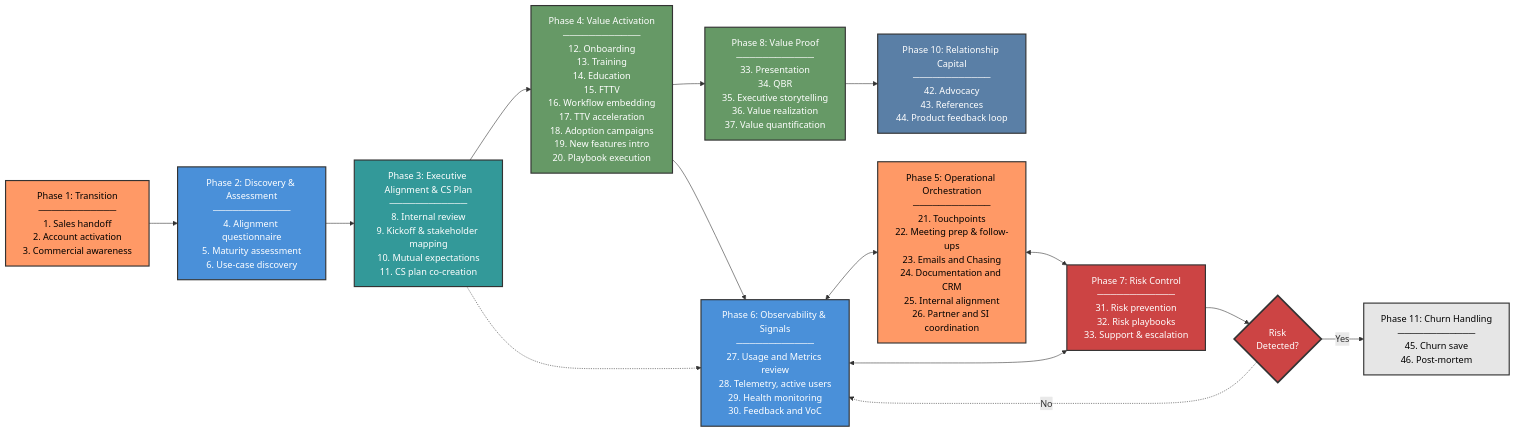
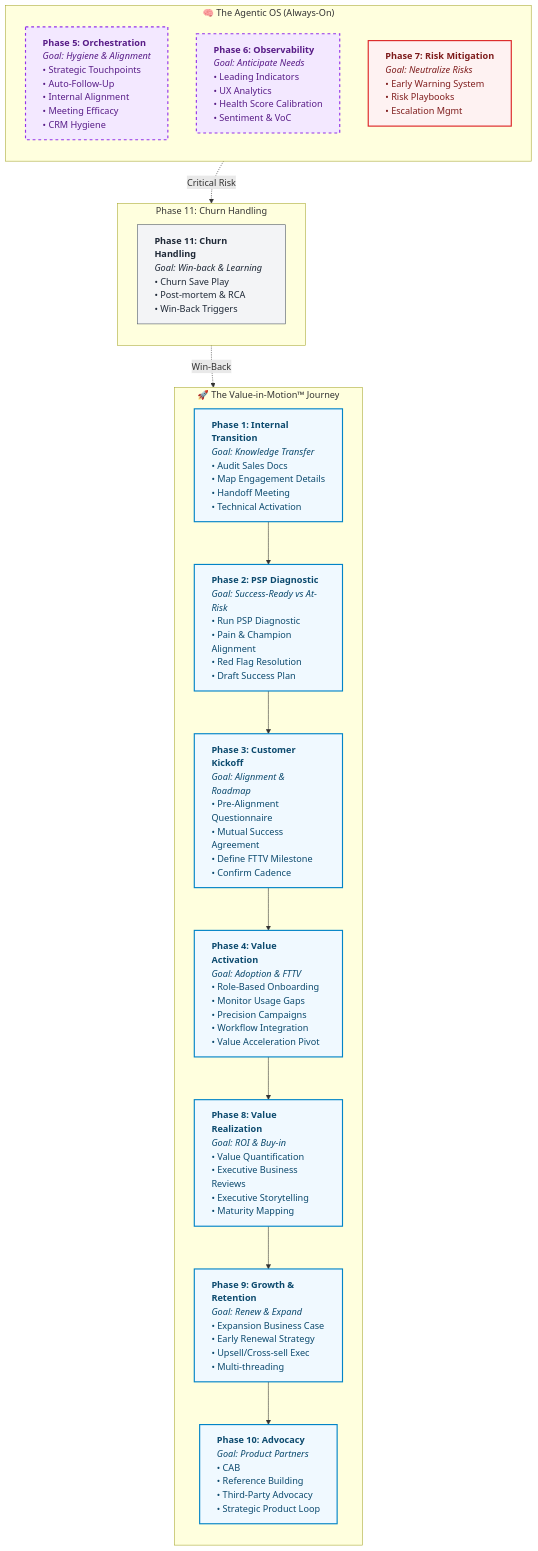
The first of 2 diagrams in README.md (ValueInMotion/value-in-motion-agent), drawn with Mermaid before and after one commit. The commit also changed other lines of this file, not shown here.

````diff
--- a/README.md
+++ b/README.md
@@ -55,71 +28,61 @@
 ```mermaid
-graph LR
-    %% Main Sequential Phases
-    P1["Phase 1: Transition<br/>────────────<br/>1. Sales handoff<br/>2. Account activation<br/>3. Commercial awareness"]
+flowchart TB
+    %% ==================================================================================
+    %% 1. STYLING & CLASSES
+    %% ==================================================================================
+    classDef spine fill:#f0f9ff,stroke:#0284c7,stroke-width:2px,color:#0c4a6e,text-align:left
+    classDef os fill:#f3e8ff,stroke:#9333ea,stroke-width:2px,stroke-dasharray:5,5,color:#581c87,text-align:left
+    classDef risk fill:#fef2f2,stroke:#dc2626,stroke-width:2px,color:#7f1d1d,text-align:left
+    classDef churn fill:#f3f4f6,stroke:#4b5563,stroke-width:1px,color:#1f2937,text-align:left
+
+    %% ==================================================================================
+    %% 2. THE LINEAR SPINE
+    %% ==================================================================================
+    subgraph Journey ["🚀 The Value-in-Motion™ Journey"]
+        direction TB
+
+        P1["<b>Phase 1: Internal Transition</b><br/><i>Goal: Knowledge Transfer</i><br/>• Audit Sales Docs<br/>• Map Engagement Details<br/>• Handoff Meeting<br/>• Technical Activation"]:::spine
+
+        P2["<b>Phase 2: PSP Diagnostic</b><br/><i>Goal: Success-Ready vs At-Risk</i><br/>• Run PSP Diagnostic<br/>• Pain & Champion Alignment<br/>• Red Flag Resolution<br/>• Draft Success Plan"]:::spine
+
+        P3["<b>Phase 3: Customer Kickoff</b><br/><i>Goal: Alignment & Roadmap</i><br/>• Pre-Alignment Questionnaire<br/>• Mutual Success Agreement<br/>• Define FTTV Milestone<br/>• Confirm Cadence"]:::spine
+
+        P4["<b>Phase 4: Value Activation</b><br/><i>Goal: Adoption & FTTV</i><br/>• Role-Based Onboarding<br/>• Monitor Usage Gaps<br/>• Precision Campaigns<br/>• Workflow Integration<br/>• Value Acceleration Pivot"]:::spine
+
+        P8["<b>Phase 8: Value Realization</b><br/><i>Goal: ROI & Buy-in</i><br/>• Value Quantification<br/>• Executive Business Reviews<br/>• Executive Storytelling<br/>• Maturity Mapping"]:::spine
+
+        P9["<b>Phase 9: Growth & Retention</b><br/><i>Goal: Renew & Expand</i><br/>• Expansion Business Case<br/>• Early Renewal Strategy<br/>• Upsell/Cross-sell Exec<br/>• Multi-threading"]:::spine
+
+        P10["<b>Phase 10: Advocacy</b><br/><i>Goal: Product Partners</i><br/>• CAB<br/>• Reference Building<br/>• Third-Party Advocacy<br/>• Strategic Product Loop"]:::spine
+    end
+
+    %% ==================================================================================
+    %% 3. THE AGENTIC OS (Always-On)
+    %% ==================================================================================
+    subgraph OS ["🧠 The Agentic OS (Always-On)"]
+        direction TB
+        
+        P5["<b>Phase 5: Orchestration</b><br/><i>Goal: Hygiene & Alignment</i><br/>• Strategic Touchpoints<br/>• Auto-Follow-Up<br/>• Internal Alignment<br/>• Meeting Efficacy<br/>• CRM Hygiene"]:::os
+
+        P6["<b>Phase 6: Observability</b><br/><i>Goal: Anticipate Needs</i><br/>• Leading Indicators<br/>• UX Analytics<br/>• Health Score Calibration<br/>• Sentiment & VoC"]:::os
+
+        P7["<b>Phase 7: Risk Mitigation</b><br/><i>Goal: Neutralize Risks</i><br/>• Early Warning System<br/>• Risk Playbooks<br/>• Escalation Mgmt"]:::risk
+    end
+
+    %% ==================================================================================
+    %% 4. EXCEPTION HANDLING
+    %% ==================================================================================
+    subgraph Churn ["Phase 11: Churn Handling"]
+        direction TB
+        P11["<b>Phase 11: Churn Handling</b><br/><i>Goal: Win-back & Learning</i><br/>• Churn Save Play<br/>• Post-mortem & RCA<br/>• Win-Back Triggers"]:::churn
+    end
+
+    %% ==================================================================================
+    %% 5. CONNECTIONS
+    %% ==================================================================================
     
-    P2["Phase 2: Discovery & Assessment<br/>────────────<br/>4. Alignment questionnaire<br/>5. Maturity assessment<br/>6. Use-case discovery"]
-    
-    P3["Phase 3: Executive Alignment & CS Plan<br/>────────────<br/>8. Internal review<br/>9. Kickoff & stakeholder mapping<br/>10. Mutual expectations<br/>11. CS plan co-creation"]
-    
-    P4["Phase 4: Value Activation<br/>────────────<br/>12. Onboarding<br/>13. Training<br/>14. Education<br/>15. FTTV<br/>16. Workflow embedding<br/>17. TTV acceleration<br/>18. Adoption campaigns<br/>19. New features intro<br/>20. Playbook execution"]
-    
-    P8["Phase 8: Value Proof<br/>────────────<br/>33. Presentation<br/>34. QBR<br/>35. Executive storytelling<br/>36. Value realization<br/>37. Value quantification"]
-    
-    P10["Phase 10: Relationship Capital<br/>────────────<br/>42. Advocacy<br/>43. References<br/>44. Product feedback loop"]
-    
-    %% Continuous Processes
-    OPS["Phase 5: Operational Orchestration<br/>────────────<br/>21. Touchpoints<br/>22. Meeting prep & follow-ups<br/>23. Emails and Chasing<br/>24. Documentation and CRM<br/>25. Internal alignment<br/>26. Partner and SI coordination"]
-    
-    OBS["Phase 6: Observability & Signals<br/>────────────<br/>27. Usage and Metrics review<br/>28. Telemetry, active users<br/>29. Health monitoring<br/>30. Feedback and VoC"]
-    
-    RISK["Phase 7: Risk Control<br/>────────────<br/>31. Risk prevention<br/>32. Risk playbooks<br/>33. Support & escalation"]
-    
-    %% Exception Handling
-    DETECT{"Risk<br/>Detected?"}
-    P11["Phase 11: Churn Handling<br/>────────────<br/>45. Churn save<br/>46. Post-mortem"]
-    
-    %% Main Flow
-    P1 --> P2
-    P2 --> P3
-    P3 --> P4
-    P4 --> P8
-    P8 --> P10
-    
-    %% Continuous Process Interactions
-    P3 -.-> OBS
-    P4 --> OBS
-    
-    OBS <--> OPS
-    OBS <--> RISK
-    OPS <--> RISK
-    
-    %% Risk Detection Flow
-    RISK --> DETECT
-    DETECT -->|Yes| P11
-    DETECT -.->|No| OBS
-    
-    %% Styling
-    classDef transition fill:#FF9966,stroke:#333,stroke-width:2px,color:#000
-    classDef discovery fill:#4A90D9,stroke:#333,stroke-width:2px,color:#fff
-    classDef alignment fill:#339999,stroke:#333,stroke-width:2px,color:#fff
-    classDef activation fill:#669966,stroke:#333,stroke-width:2px,color:#fff
-    classDef proof fill:#669966,stroke:#333,stroke-width:2px,color:#fff
-    classDef relationship fill:#5A7FA6,stroke:#333,stroke-width:2px,color:#fff
-    classDef operational fill:#FF9966,stroke:#333,stroke-width:2px,color:#000
-    classDef observability fill:#4A90D9,stroke:#333,stroke-width:2px,color:#fff
-    classDef risk fill:#CC4444,stroke:#333,stroke-width:2px,color:#fff
-    classDef churn fill:#E6E6E6,stroke:#333,stroke-width:2px,color:#000
-    classDef decision fill:#CC4444,stroke:#333,stroke-width:3px,color:#fff
-    
-    class P1 transition
-    class P2 discovery
-    class P3 alignment
-    class P4 activation
-    class P8 proof
-    class P10 relationship
-    class OPS operational
-    class OBS observability
-    class RISK risk
-    class P11 churn
-    class DETECT decision
+    P1 --> P2 --> P3 --> P4 --> P8 --> P9 --> P10
+    OS ~~~ Journey
+    P7 -.->|Critical Risk| P11
+    P11 -.->|Win-Back| P1
 ```
````
